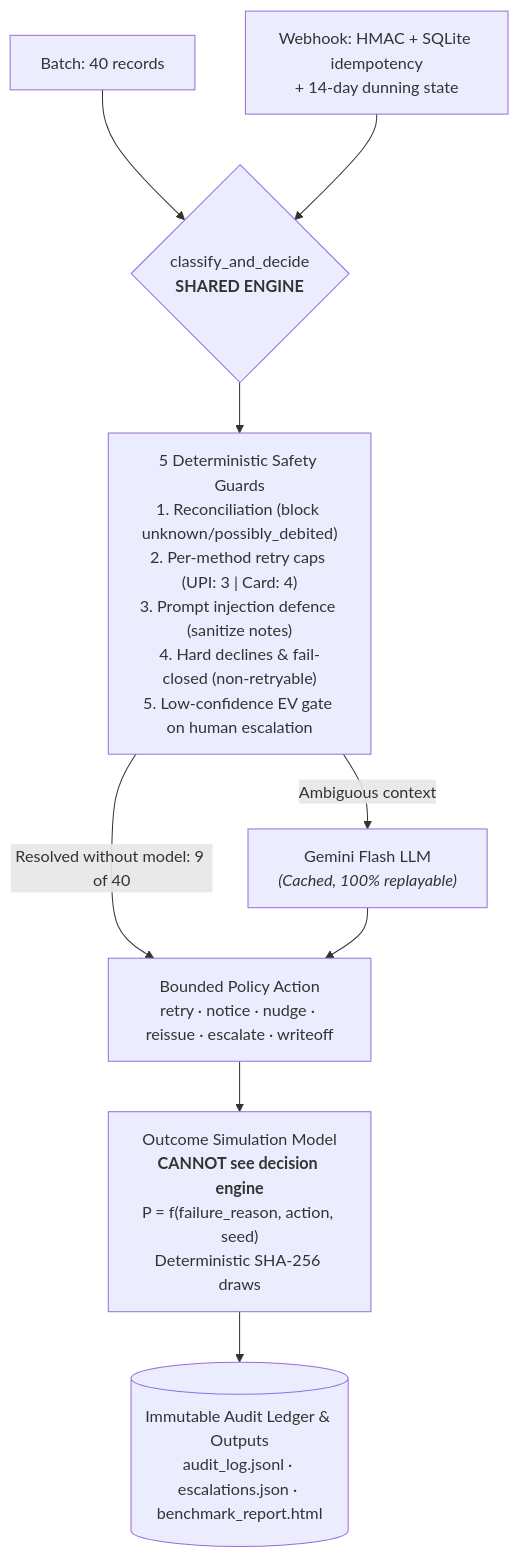
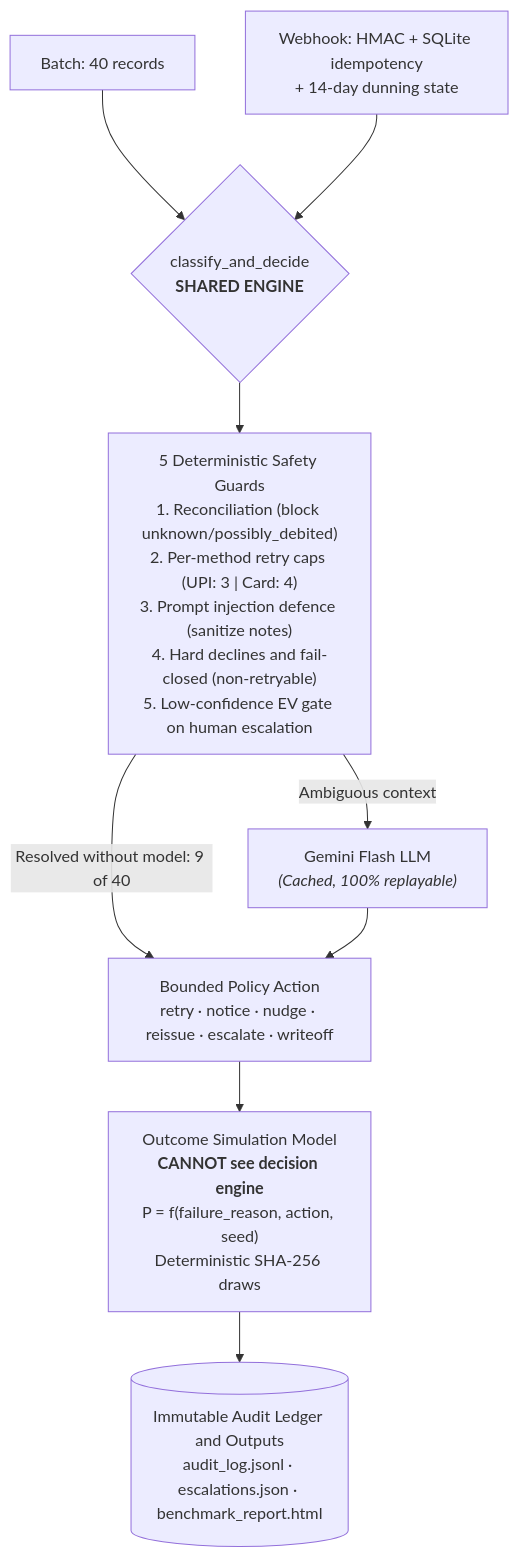
The diagram in ARCHITECTURE.md (pavansaikavuri/failed-subscription-recovery-agent), drawn with Mermaid before and after one commit. The commit also changed 1 other file, not shown here.

Commit message:
Ensure clean UTF-8 delimiters in Top-Down Mermaid flowchart

````diff
--- a/ARCHITECTURE.md
+++ b/ARCHITECTURE.md
@@ -8,15 +8,15 @@
 ```mermaid
 flowchart TD
     A["Batch: 40 records"] --> C
     B["Webhook: HMAC + SQLite idempotency<br/>+ 14-day dunning state"] --> C
 
-    C{"classify_and_decide<br/><b>SHARED ENGINE</b>"} --> D["5 Deterministic Safety Guards<br/>1. Reconciliation (block unknown/possibly_debited)<br/>2. Per-method retry caps (UPI: 3 | Card: 4)<br/>3. Prompt injection defence (sanitize notes)<br/>4. Hard declines & fail-closed (non-retryable)<br/>5. Low-confidence EV gate on human escalation"]
+    C{"classify_and_decide<br/><b>SHARED ENGINE</b>"} --> D["5 Deterministic Safety Guards<br/>1. Reconciliation (block unknown/possibly_debited)<br/>2. Per-method retry caps (UPI: 3 | Card: 4)<br/>3. Prompt injection defence (sanitize notes)<br/>4. Hard declines and fail-closed (non-retryable)<br/>5. Low-confidence EV gate on human escalation"]
 
     D -->|"Resolved without model: 9 of 40"| G["Bounded Policy Action<br/>retry · notice · nudge · reissue · escalate · writeoff"]
     D -->|"Ambiguous context"| E["Gemini Flash LLM<br/><i>(Cached, 100% replayable)</i>"]
     E --> G
 
     G --> H["Outcome Simulation Model<br/><b>CANNOT see decision engine</b><br/>P = f(failure_reason, action, seed)<br/>Deterministic SHA-256 draws"]
 
-    H --> I[("Immutable Audit Ledger & Outputs<br/>audit_log.jsonl · escalations.json · benchmark_report.html")]
+    H --> I[("Immutable Audit Ledger and Outputs<br/>audit_log.jsonl · escalations.json · benchmark_report.html")]
 ```
````
